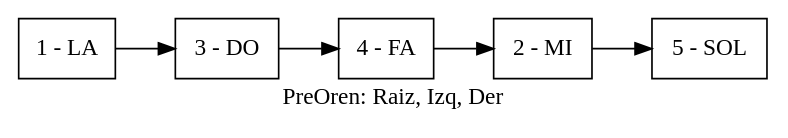
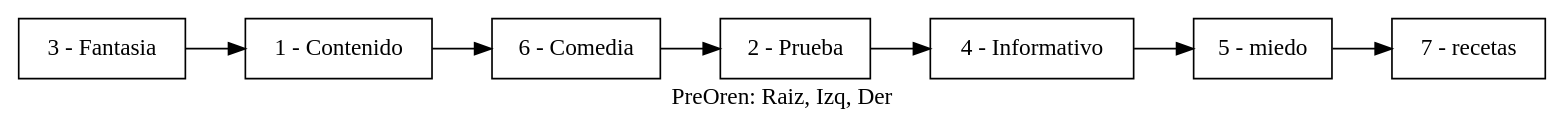
The diagram in EDD_Proyecto2/AVLTreePreOren.dot (elJuanjoRamos/EDD_1S2020_PY2_201801262), drawn with Graphviz before and after one commit. The commit also changed 89 other files, not shown here.

```diff
--- a/EDD_Proyecto2/AVLTreePreOren.dot
+++ b/EDD_Proyecto2/AVLTreePreOren.dot
@@ -1,11 +1,15 @@
 digraph G {rankdir=LR;label="PreOren: Raiz, Izq, Der";node[shape=box];
-nodo1 [ label ="1 - LA"];
-nodo3 [ label ="3 - DO"];
-nodo4 [ label ="4 - FA"];
-nodo2 [ label ="2 - MI"];
-nodo5 [ label ="5 - SOL"];
-nodo1-> nodo3
-nodo3-> nodo4
-nodo4-> nodo2
-nodo2-> nodo5
+nodo3 [ label ="3 - Fantasia"];
+nodo1 [ label ="1 - Contenido"];
+nodo6 [ label ="6 - Comedia"];
+nodo2 [ label ="2 - Prueba"];
+nodo4 [ label ="4 - Informativo"];
+nodo5 [ label ="5 - miedo"];
+nodo7 [ label ="7 - recetas"];
+nodo3-> nodo1
+nodo1-> nodo6
+nodo6-> nodo2
+nodo2-> nodo4
+nodo4-> nodo5
+nodo5-> nodo7
 }
```
